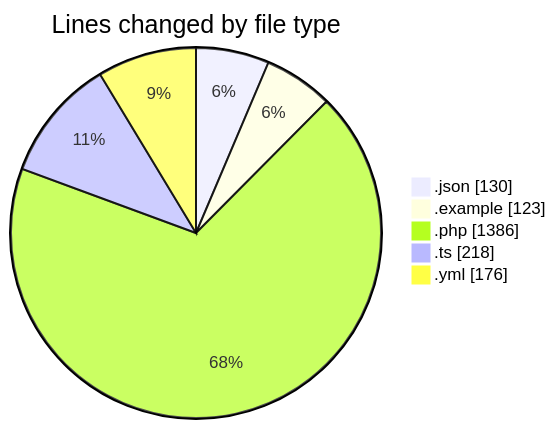
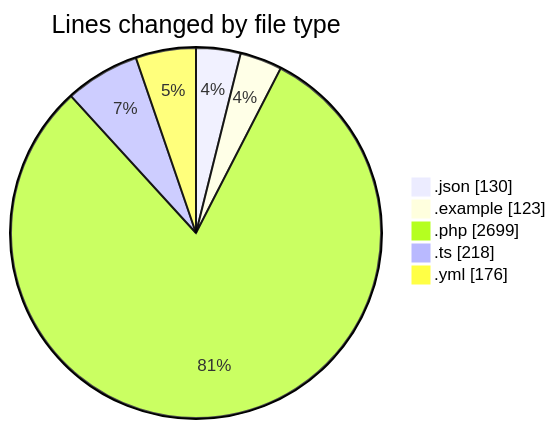
Before and after one commit to lephambinh05/code-tracking: the first of 2 diagrams in 2025-07-10/shopaccv1/README.md, drawn with Mermaid. The commit also changed other lines of this file and 1 other file, not shown here.

````diff
--- a/2025-07-10/shopaccv1/README.md
+++ b/2025-07-10/shopaccv1/README.md
@@ -28,9 +50,9 @@
 ```mermaid
 pie showData
 title Lines changed by file type
 ".json" : 130
 ".example" : 123
-".php" : 1386
+".php" : 2699
 ".ts" : 218
 ".yml" : 176
 ```
````
